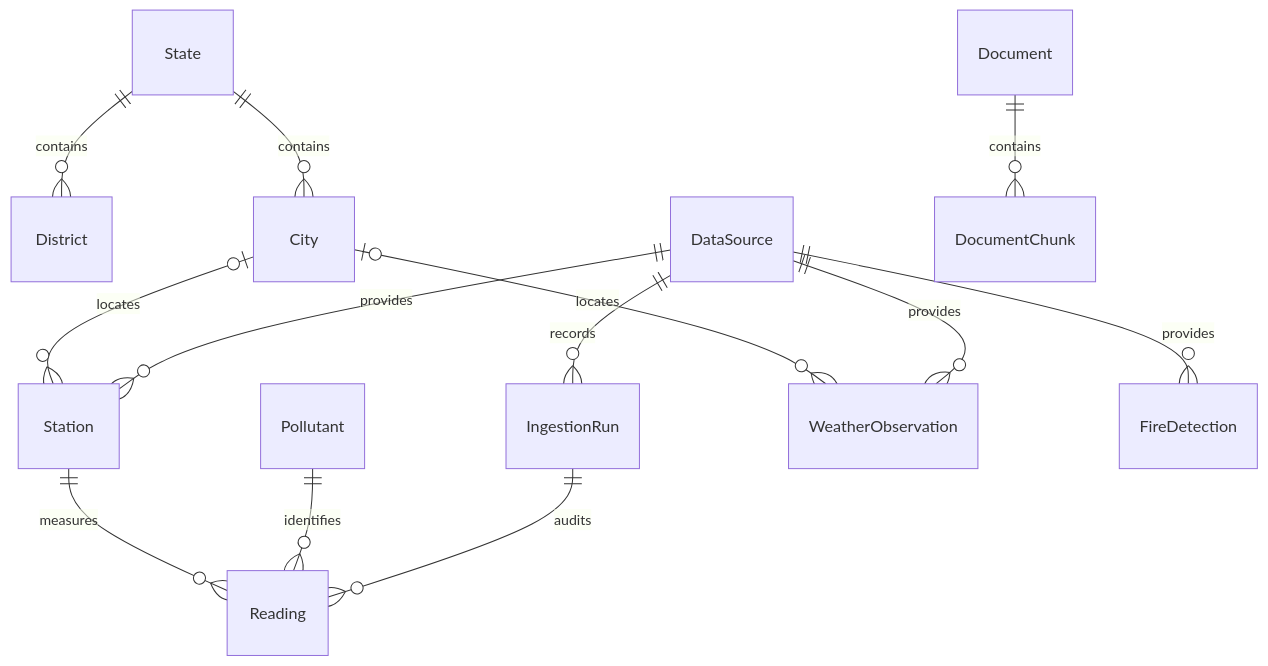
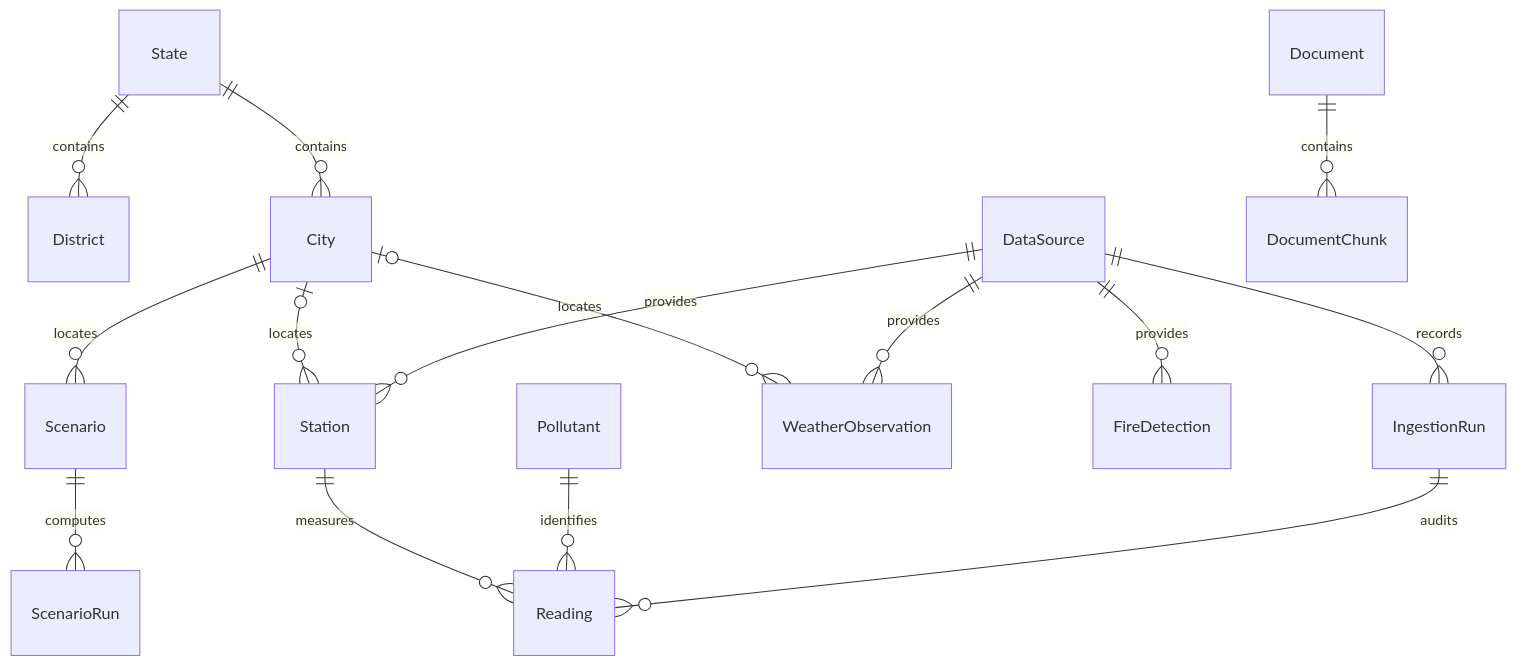
One commit to Andryandurai/Pranavayu changed the diagram in docs/DATA_MODEL.md. Above: the diagram before and after it, drawn with Mermaid. The commit also changed other lines of this file and 93 other files, not shown here.

````diff
--- a/docs/DATA_MODEL.md
+++ b/docs/DATA_MODEL.md
@@ -5,15 +5,17 @@
 ```mermaid
 erDiagram
     State ||--o{ District : contains
     State ||--o{ City : contains
     City o|--o{ Station : locates
     DataSource ||--o{ Station : provides
     DataSource ||--o{ IngestionRun : records
     Station ||--o{ Reading : measures
     Pollutant ||--o{ Reading : identifies
     IngestionRun ||--o{ Reading : audits
     City o|--o{ WeatherObservation : locates
     DataSource ||--o{ WeatherObservation : provides
     DataSource ||--o{ FireDetection : provides
     Document ||--o{ DocumentChunk : contains
+    City ||--o{ Scenario : locates
+    Scenario ||--o{ ScenarioRun : computes
 ```
````
